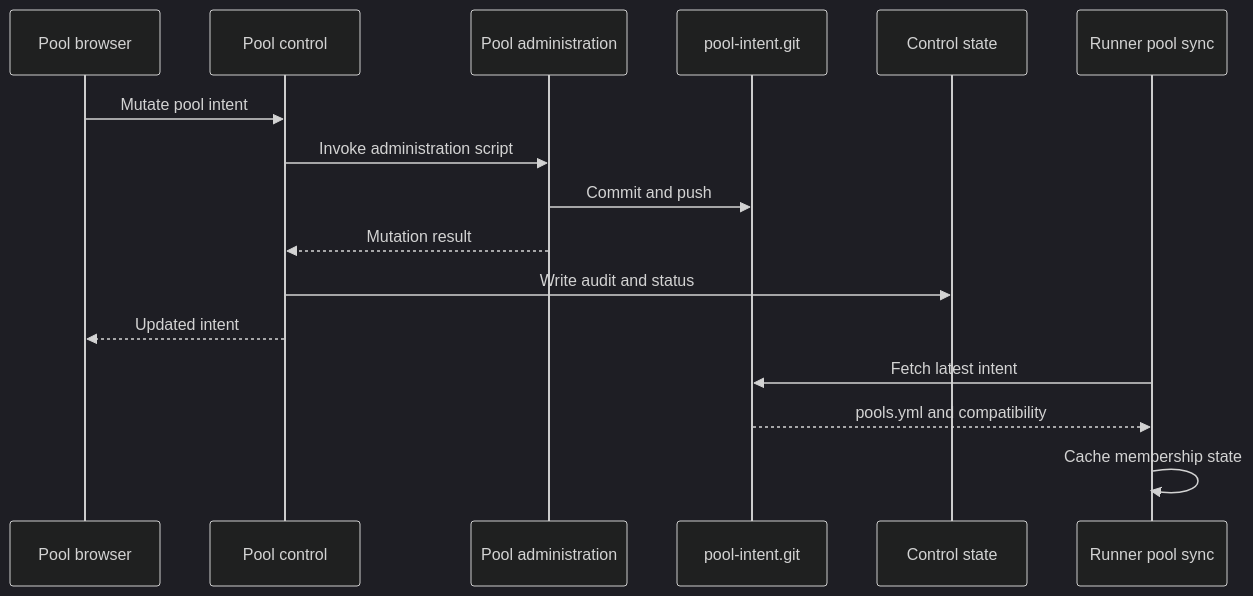
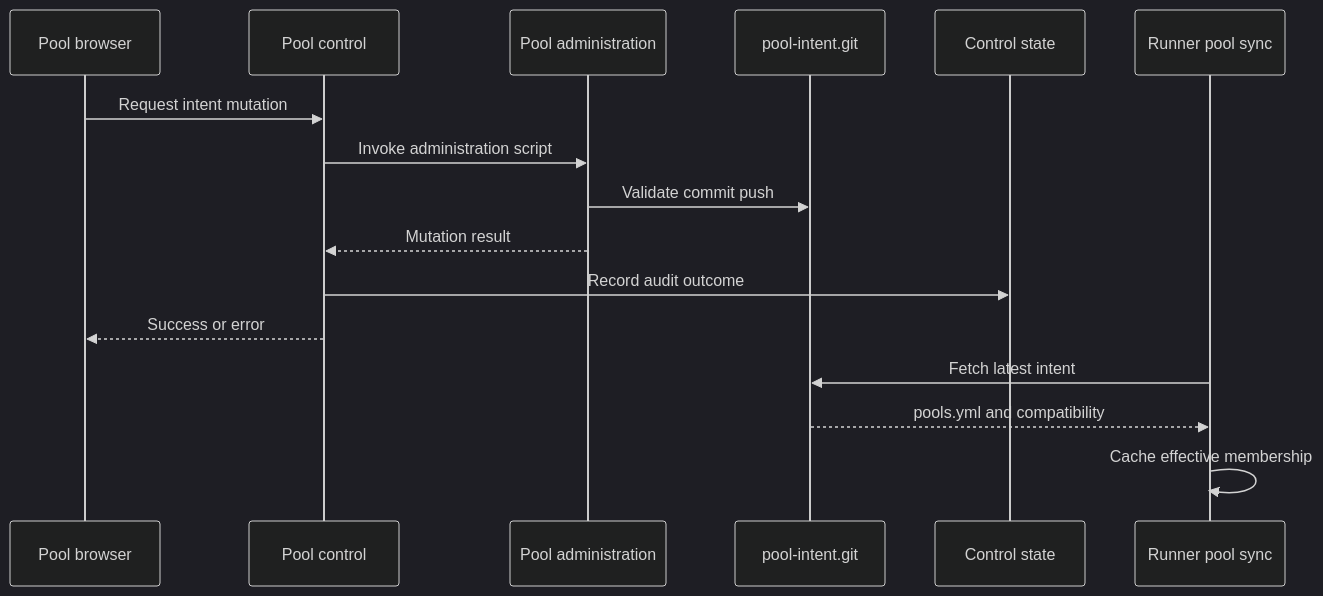
The eighth of 9 diagrams in docs/design/03-data-flows.md (alissonsol/yuruna), drawn with Mermaid (dark theme) before and after one commit. The commit also changed other lines of this file and 1371 other files, not shown here.

````diff
--- a/docs/design/03-data-flows.md
+++ b/docs/design/03-data-flows.md
@@ -248,18 +266,18 @@
 ```mermaid
 sequenceDiagram
     participant pools-js as Pool browser
     participant pool-control-service as Pool control
     participant test-pool as Pool administration
     participant pool-intent-git as pool-intent.git
-    participant pool-control-service-state as Control state
+    participant pool-control-service-state-go as Control state
     participant test-pool-sync-psm1 as Runner pool sync
-    pools-js->>pool-control-service: Mutate pool intent
+    pools-js->>pool-control-service: Request intent mutation
     pool-control-service->>test-pool: Invoke administration script
-    test-pool->>pool-intent-git: Commit and push
+    test-pool->>pool-intent-git: Validate commit push
     test-pool-->>pool-control-service: Mutation result
-    pool-control-service->>pool-control-service-state: Write audit and status
-    pool-control-service-->>pools-js: Updated intent
+    pool-control-service->>pool-control-service-state-go: Record audit outcome
+    pool-control-service-->>pools-js: Success or error
     test-pool-sync-psm1->>pool-intent-git: Fetch latest intent
     pool-intent-git-->>test-pool-sync-psm1: pools.yml and compatibility
-    test-pool-sync-psm1->>test-pool-sync-psm1: Cache membership state
+    test-pool-sync-psm1->>test-pool-sync-psm1: Cache effective membership
 ```
````
